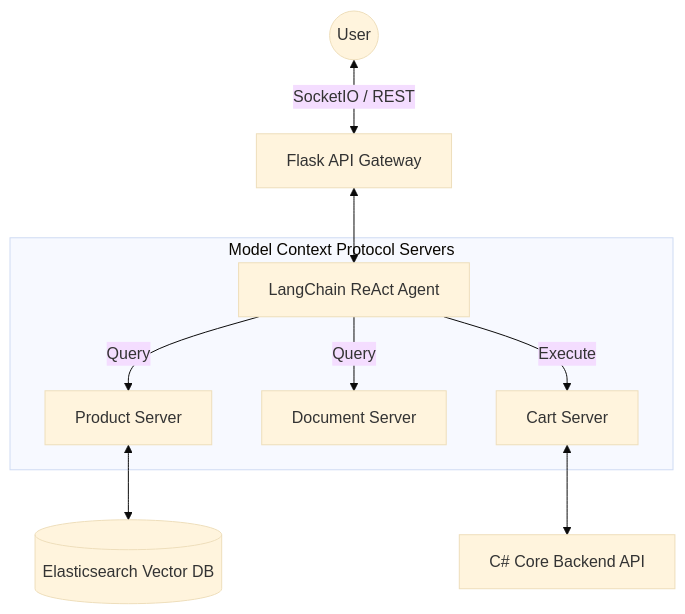
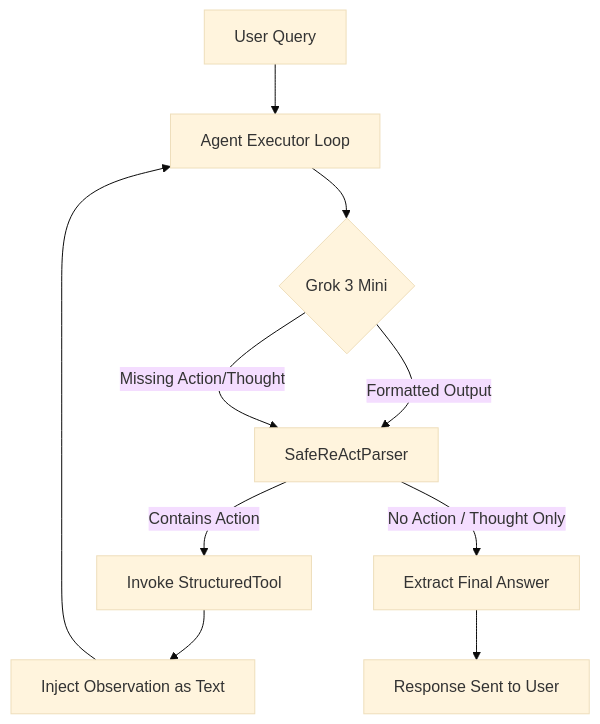
Before and after one commit to chuong1210/VShop: the fifth of 10 diagrams in README.md, drawn with Mermaid (base theme). The commit also changed other lines of this file, not shown here.

Commit message:
docs: update README documentation to detail new Kafka, Redis, RAG agentic architecture, and dual-vector Elasticsearch implementation.

````diff
--- a/README.md
+++ b/README.md
@@ -148,14 +200,12 @@
 ```mermaid
-flowchart TB
-    User((User)) <-->|SocketIO / REST| Flask[Flask API Gateway]
-    Flask <--> LangChain[LangChain ReAct Agent]
-    
-    subgraph Model Context Protocol Servers
-        LangChain -->|Query| PS[Product Server]
-        LangChain -->|Query| DS[Document Server]
-        LangChain -->|Execute| CS[Cart Server]
-    end
-    
-    PS <--> ES[(Elasticsearch Vector DB)]
-    CS <--> CSharp[C# Core Backend API]
+flowchart TD
+    UserQuery[User Query] --> AgentExec[Agent Executor Loop]
+    AgentExec --> LLM{Grok 3 Mini}
+    LLM -->|Formatted Output| Parser[SafeReActParser]
+    LLM -->|Missing Action/Thought| Parser
+    Parser -->|Contains Action| ExecuteTool[Invoke StructuredTool]
+    Parser -->|No Action / Thought Only| FinalAnswer[Extract Final Answer]
+    ExecuteTool --> Observation[Inject Observation as Text]
+    Observation --> AgentExec
+    FinalAnswer --> ReturnUser[Response Sent to User]
 ```
````
